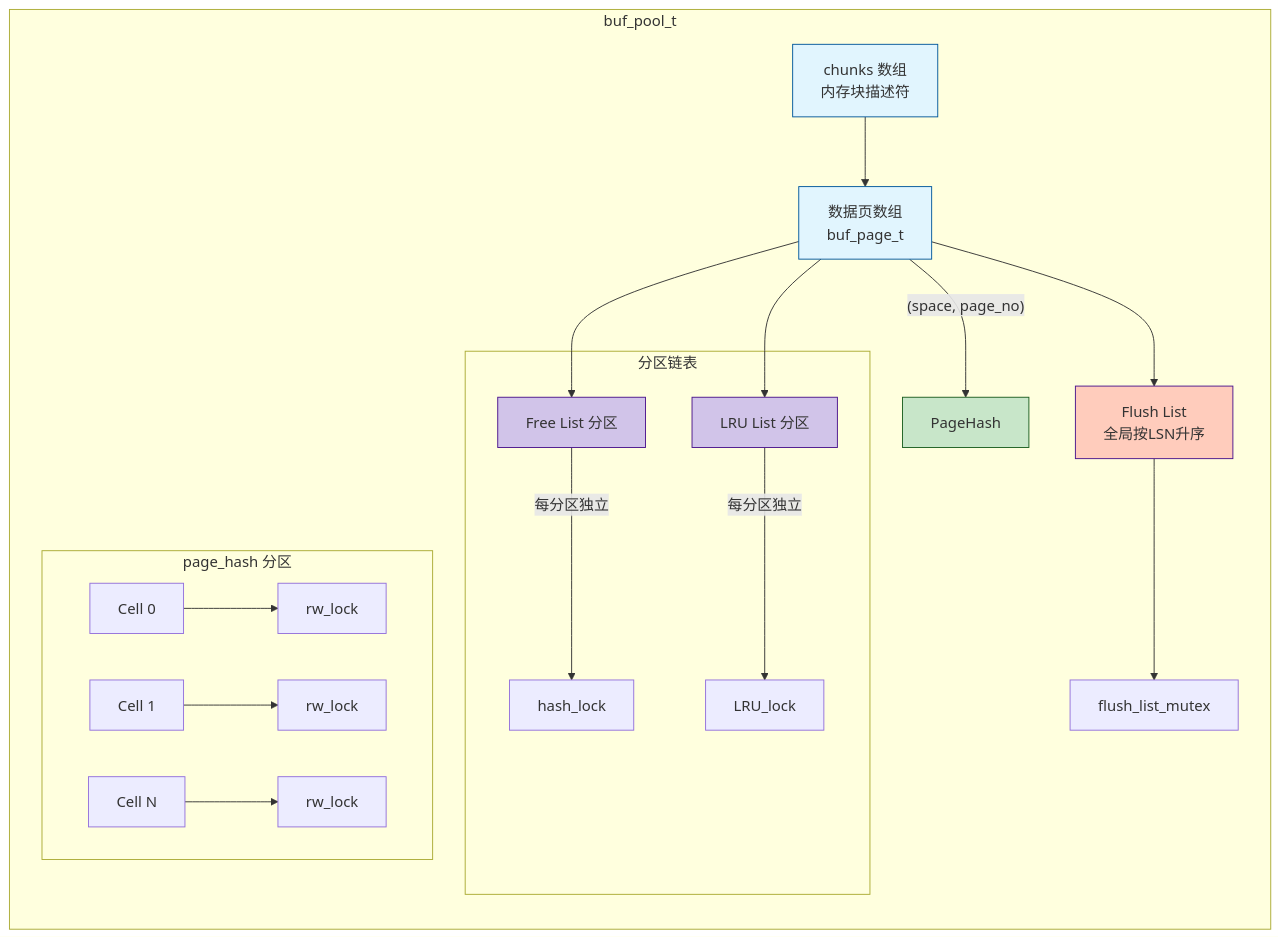
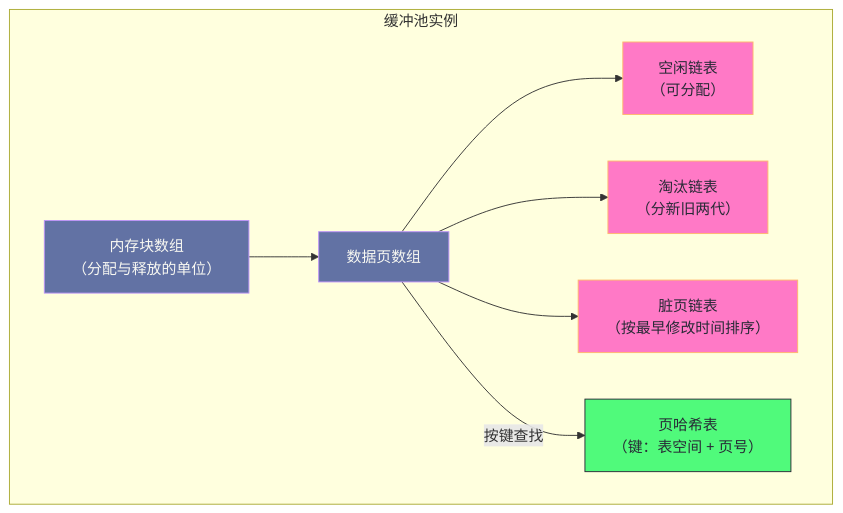
Before and after one commit to hpliStartAgain/my-brain: the first of 2 diagrams in content/中间件/MySQL/读书笔记-Mysql内核架构/04. InnoDB 缓冲池：内存管理的分区革命与 NUMA 陷阱.md, drawn with Mermaid. The commit also changed other lines of this file and 56 other files, not shown here.

````diff
--- a/content/中间件/MySQL/读书笔记-Mysql内核架构/04. InnoDB 缓冲池：内存管理的分区革命与 NUMA 陷阱.md
+++ b/content/中间件/MySQL/读书笔记-Mysql内核架构/04. InnoDB 缓冲池：内存管理的分区革命与 NUMA 陷阱.md
@@ -19,41 +104,25 @@
 ```mermaid
-graph TB
-    classDef pool fill:#fff3e0,stroke:#e65100,stroke-width:2px
-    classDef struct fill:#e1f5fe,stroke:#01579b
-    classDef list fill:#d1c4e9,stroke:#4a148c
-    classDef hash fill:#c8e6c9,stroke:#1b5e20
+%%{init: {'theme': 'dracula'}}%%
+graph TD
+    subgraph POOL["缓冲池实例"]
+        CHUNK["内存块数组<br/>（分配与释放的单位）"]
+        PAGES["数据页数组"]
+        FREE["空闲链表<br/>（可分配）"]
+        LRU["淘汰链表<br/>（分新旧两代）"]
+        FLUSH["脏页链表<br/>（按最早修改时间排序）"]
+        HASH["页哈希表<br/>（键：表空间 + 页号）"]
+    end
 
-    subgraph Buffer Pool Instance [buf_pool_t]
-        direction TB
-        
-        Chunk[chunks 数组<br>内存块描述符] --> Pages[数据页数组<br>buf_page_t]
-        
-        subgraph 分区链表
-            Free[Free List 分区] -->|每分区独立| FreeLock[hash_lock]
-            LRU[LRU List 分区] -->|每分区独立| LRULock[LRU_lock]
-        end
-        
-        Flush[Flush List<br>全局按LSN升序] --> FlushLock[flush_list_mutex]
-        
-        subgraph 页哈希表 [page_hash 分区]
-            Cell1[Cell 0] --> Lock1[rw_lock]
-            Cell2[Cell 1] --> Lock2[rw_lock]
-            CellN[Cell N] --> LockN[rw_lock]
-        end
-        
-        Pages --> Free
-        Pages --> LRU
-        Pages --> Flush
-        Pages -->|"(space, page_no)"| PageHash
-    end
-    
-    style Free fill:#d1c4e9
-    style LRU fill:#d1c4e9
-    style Flush fill:#ffccbc
-    style PageHash fill:#c8e6c9
-    
-    class Pool pool
-    class Chunk,Pages struct
-    class Free,LRU,Flush list
-    class PageHash hash
+    CHUNK --> PAGES
+    PAGES --> FREE
+    PAGES --> LRU
+    PAGES --> FLUSH
+    PAGES -- "按键查找" --> HASH
+
+    classDef mem fill:#6272a4,stroke:#bd93f9,color:#f8f8f2
+    classDef list fill:#ff79c6,stroke:#ffb86c,color:#282a36
+    classDef idx fill:#50fa7b,stroke:#282a36,color:#282a36
+    class CHUNK,PAGES mem
+    class FREE,LRU,FLUSH list
+    class HASH idx
 ```
````
